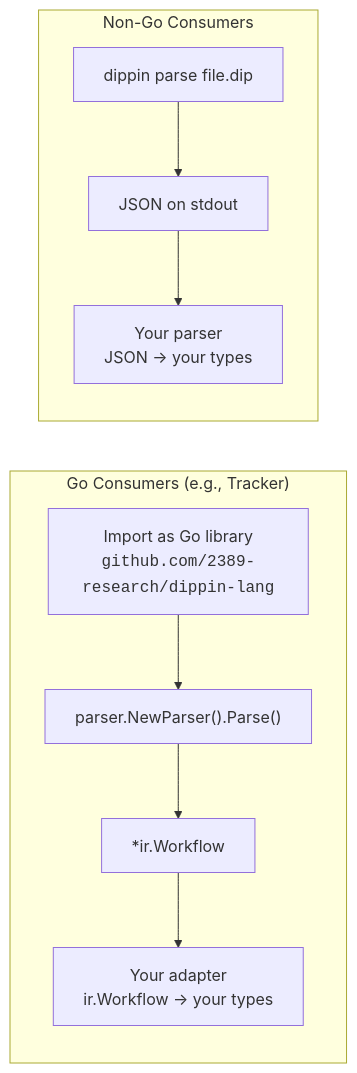
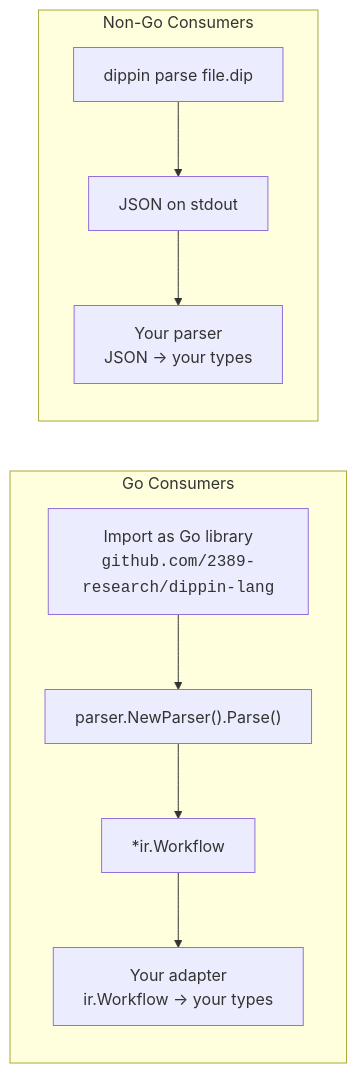
Before and after one commit to 2389-research/dippin-lang: the first of 3 diagrams in docs/integration.md, drawn with Mermaid. The commit also changed other lines of this file and 79 other files, not shown here.

````diff
--- a/docs/integration.md
+++ b/docs/integration.md
@@ -11,15 +11,15 @@
 ```mermaid
 graph LR
-    subgraph "Go Consumers (e.g., Tracker)"
+    subgraph "Go Consumers"
         LIB["Import as Go library<br><code>github.com/2389-research/dippin-lang</code>"]
         LIB --> PARSE["parser.NewParser().Parse()"]
         PARSE --> IR["*ir.Workflow"]
         IR --> ADAPT["Your adapter<br>ir.Workflow → your types"]
     end
 
     subgraph "Non-Go Consumers"
         CLI["dippin parse file.dip"]
         CLI --> JSON["JSON on stdout"]
         JSON --> YOUR["Your parser<br>JSON → your types"]
     end
 ```
````
